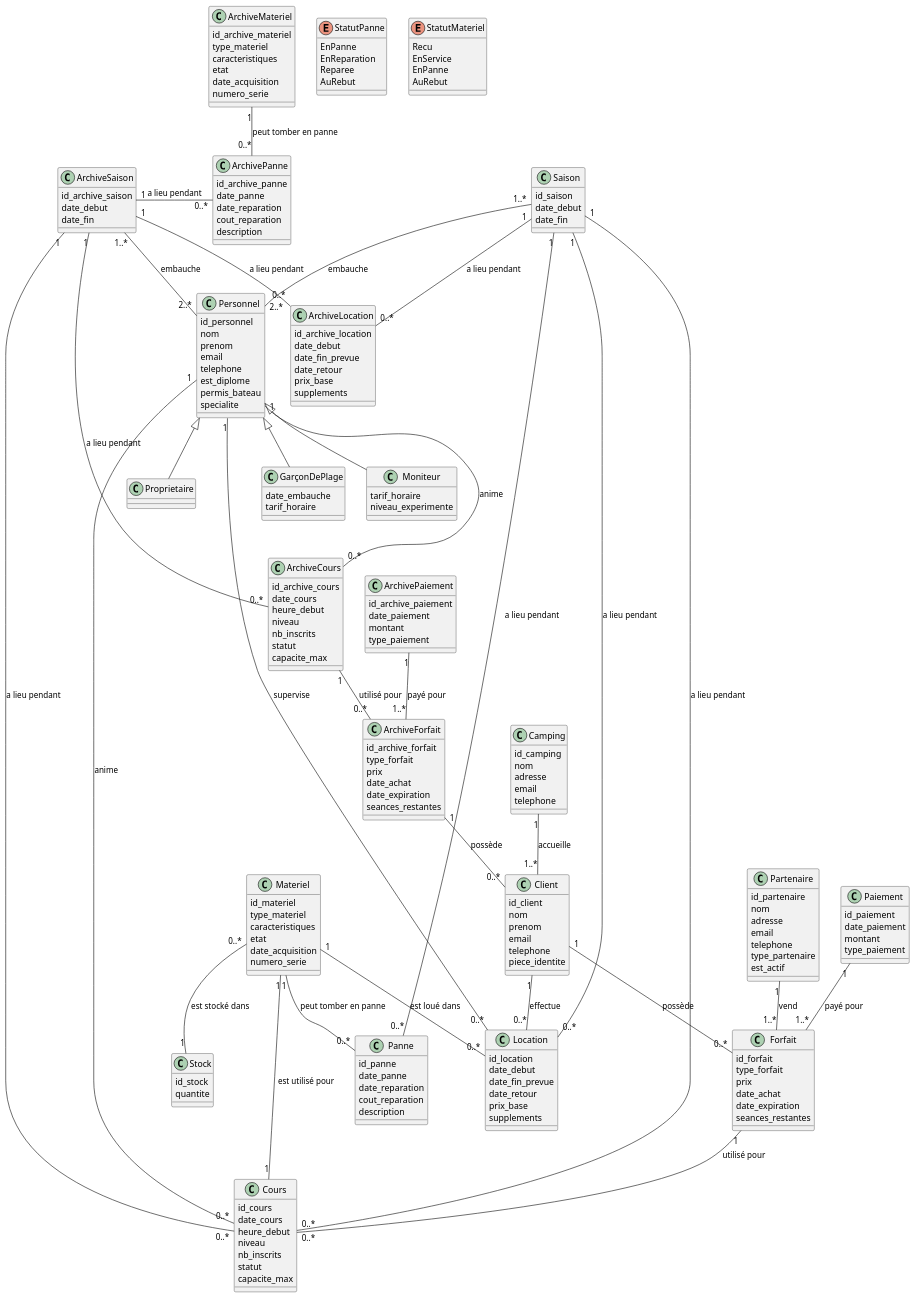
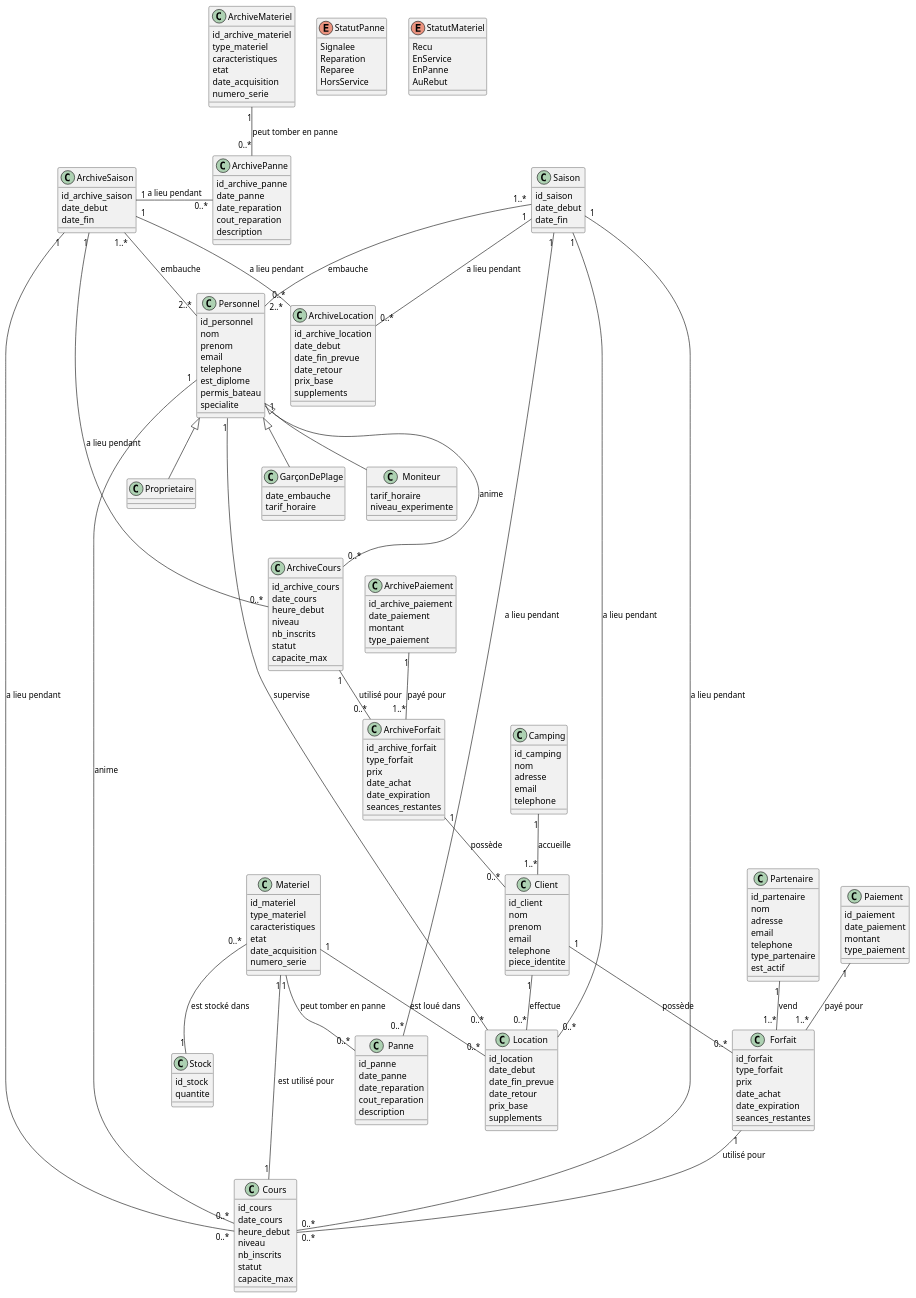
Before and after one commit to Hugo-COLLIN/MIAGE_CSI_NauticalClub: the diagram in docs/1-analysis/generalDesignClassDiagram.puml, drawn with PlantUML. The commit also changed 1 other file, not shown here.

```diff
--- a/docs/1-analysis/generalDesignClassDiagram.puml
+++ b/docs/1-analysis/generalDesignClassDiagram.puml
@@ -172,10 +172,10 @@
     }
 
     enum StatutPanne {
-        EnPanne
-        EnReparation
+        Signalee
+        Reparation
         Reparee
-        AuRebut
+        HorsService
     }
 
     enum StatutMateriel {
```
